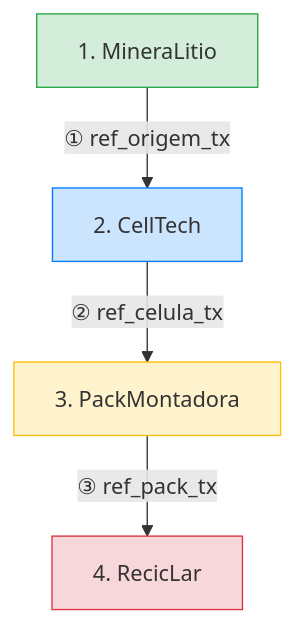
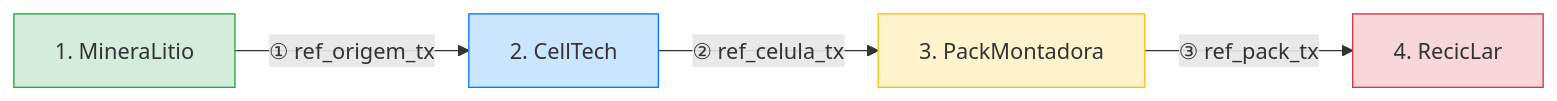
One commit to darlisagc/cardano-battery-passport changed the first of 6 diagrams in arquitetura-dpp.md. Above: the diagram before and after it, drawn with Mermaid.

Commit message:
Change supply chain diagram to horizontal layout (LR)

````diff
--- a/arquitetura-dpp.md
+++ b/arquitetura-dpp.md
@@ -44,16 +44,16 @@
 ```mermaid
-flowchart TB
+flowchart LR
     A1["1. MineraLitio"]
     A2["2. CellTech"]
     A3["3. PackMontadora"]
     A4["4. RecicLar"]
 
     A1 -- "① ref_origem_tx" --> A2
     A2 -- "② ref_celula_tx" --> A3
     A3 -- "③ ref_pack_tx" --> A4
 
     style A1 fill:#d4edda,stroke:#28a745
     style A2 fill:#cce5ff,stroke:#007bff
     style A3 fill:#fff3cd,stroke:#ffc107
     style A4 fill:#f8d7da,stroke:#dc3545
 ```
````
